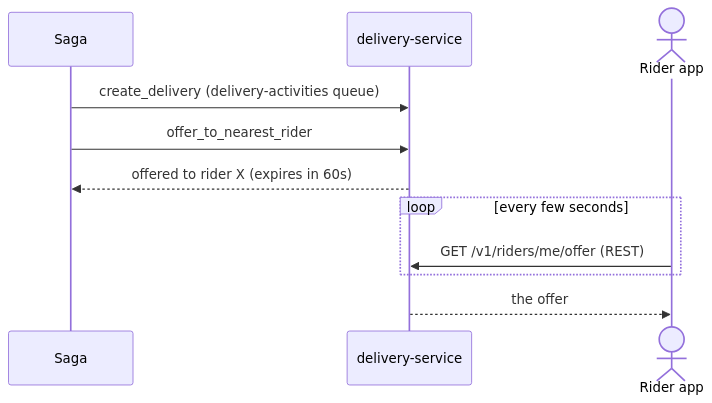
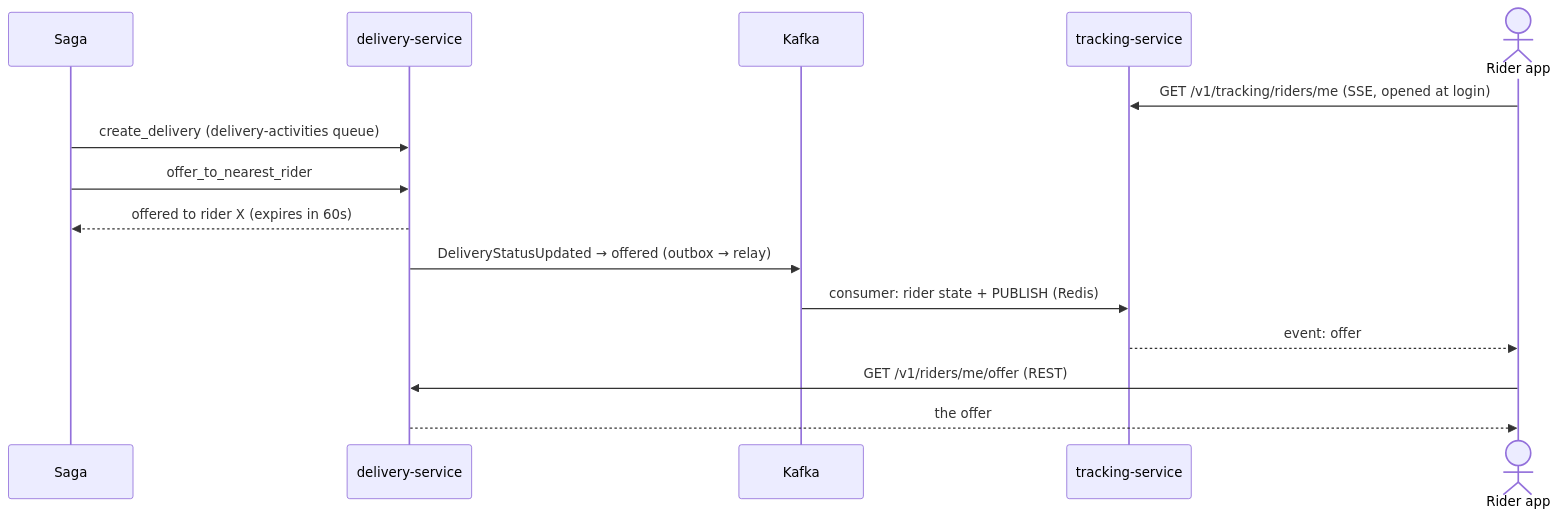
Before and after one commit to umer-emumba/smartfoodops-ms: the eighth of 27 diagrams in docs/diagrams.md, drawn with Mermaid. The commit also changed other lines of this file and 19 other files, not shown here.

````diff
--- a/docs/diagrams.md
+++ b/docs/diagrams.md
@@ -229,14 +232,18 @@
 ```mermaid
 sequenceDiagram
     participant S as Saga
     participant DS as delivery-service
+    participant K as Kafka
+    participant TS as tracking-service
     actor D as Rider app
 
+    D->>TS: GET /v1/tracking/riders/me (SSE, opened at login)
     S->>DS: create_delivery (delivery-activities queue)
     S->>DS: offer_to_nearest_rider
     DS-->>S: offered to rider X (expires in 60s)
-    loop every few seconds
-        D->>DS: GET /v1/riders/me/offer (REST)
-    end
+    DS->>K: DeliveryStatusUpdated → offered (outbox → relay)
+    K->>TS: consumer: rider state + PUBLISH (Redis)
+    TS-->>D: event: offer
+    D->>DS: GET /v1/riders/me/offer (REST)
     DS-->>D: the offer
 ```
````
